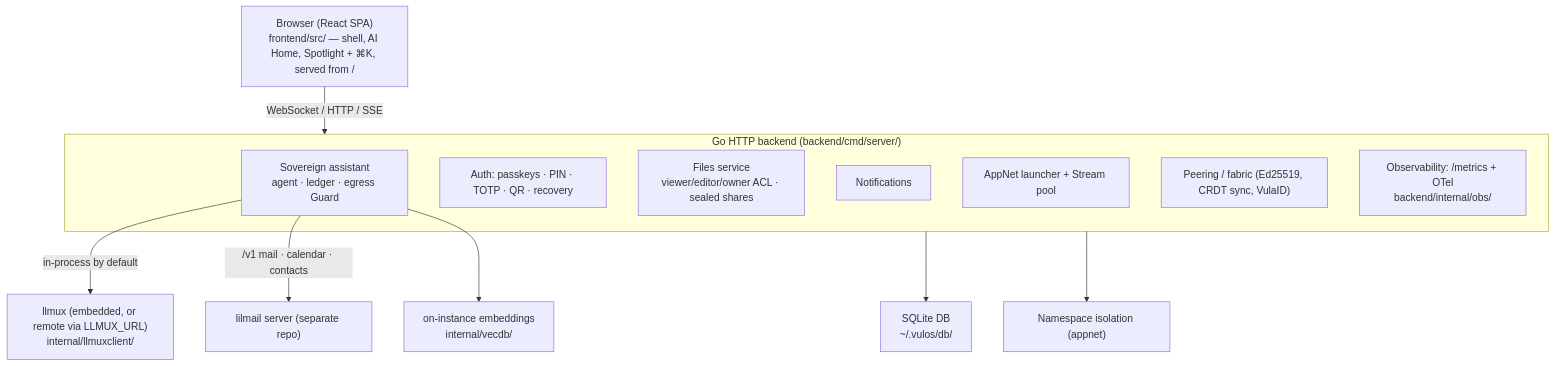
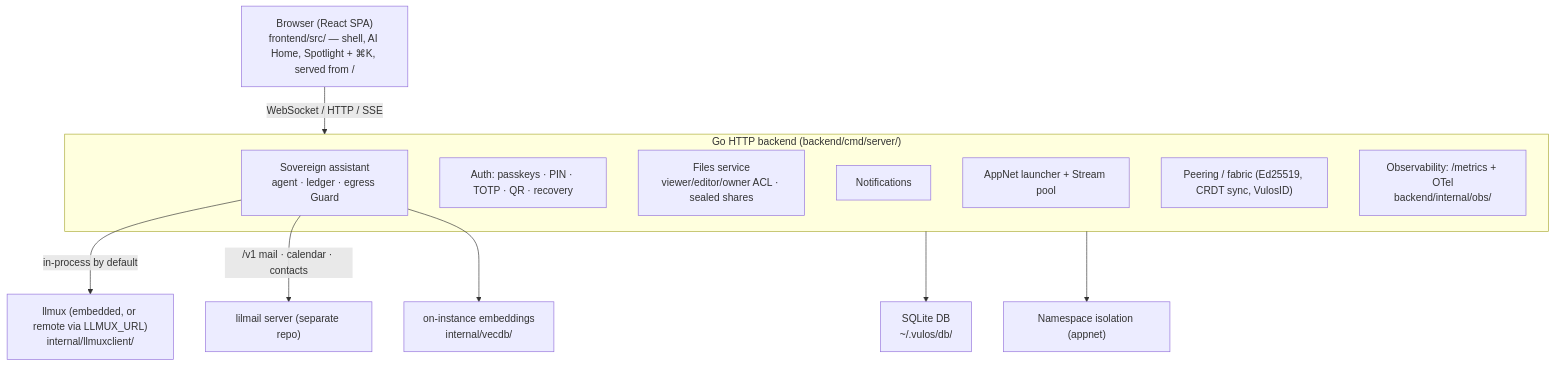
Before and after one commit to vul-os/vulos: the first of 6 diagrams in docs/ARCHITECTURE.md, drawn with Mermaid. The commit also changed other lines of this file and 124 other files, not shown here.

First line of the commit message:
VulaID → VulosID, including the vula:ed25519: wire prefix

````diff
--- a/docs/ARCHITECTURE.md
+++ b/docs/ARCHITECTURE.md
@@ -34,21 +34,21 @@
 ```mermaid
 flowchart TD
     Browser["Browser (React SPA)<br/>frontend/src/ — shell, AI Home, Spotlight + ⌘K, served from /"]
     Browser -->|"WebSocket / HTTP / SSE"| Backend
 
     subgraph Backend["Go HTTP backend (backend/cmd/server/)"]
         Assistant["Sovereign assistant<br/>agent · ledger · egress Guard"]
         Auth["Auth: passkeys · PIN · TOTP · QR · recovery"]
         Files["Files service<br/>viewer/editor/owner ACL · sealed shares"]
         Notify["Notifications"]
         AppNet["AppNet launcher + Stream pool"]
-        Peering["Peering / fabric (Ed25519, CRDT sync, VulaID)"]
+        Peering["Peering / fabric (Ed25519, CRDT sync, VulosID)"]
         Obs["Observability: /metrics + OTel<br/>backend/internal/obs/"]
     end
 
     Assistant -->|"in-process by default"| LLMux["llmux (embedded, or remote via LLMUX_URL)<br/>internal/llmuxclient/"]
     Assistant -->|"/v1 mail · calendar · contacts"| Lilmail["lilmail server (separate repo)"]
     Assistant --> Vec["on-instance embeddings<br/>internal/vecdb/"]
     Backend --> DB["SQLite DB<br/>~/.vulos/db/"]
     Backend --> NS["Namespace isolation (appnet)"]
 ```
````
